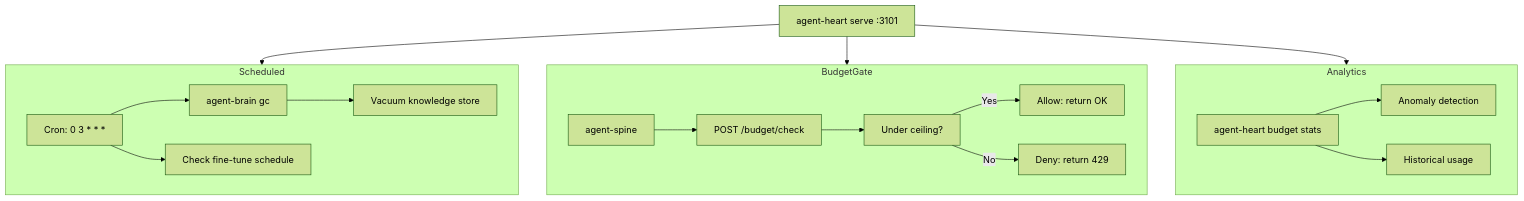
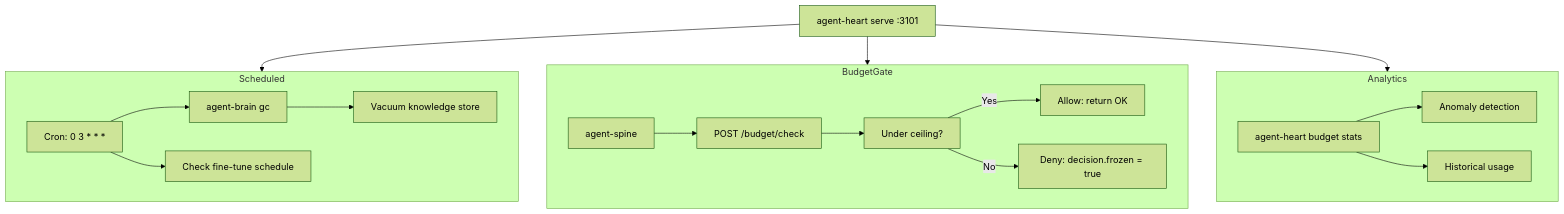
One commit to autonomic-ai-dev/agent-heart changed the diagram in README.md. Above: the diagram before and after it, drawn with Mermaid (forest theme). The commit also changed other lines of this file and 5 other files, not shown here.

````diff
--- a/README.md
+++ b/README.md
@@ -23,26 +23,26 @@
 ```mermaid
 flowchart TD
     HeartDaemon["agent-heart serve :3101"]
 
     subgraph Scheduled
         Cron["Cron: 0 3 * * *"] --> GC["agent-brain gc"]
         Cron --> Finetune["Check fine-tune schedule"]
         GC --> Vacuum["Vacuum knowledge store"]
     end
 
     subgraph BudgetGate
         Spine["agent-spine"] --> Check["POST /budget/check"]
         Check --> Ceiling["Under ceiling?"]
         Ceiling -->|Yes| Allow["Allow: return OK"]
-        Ceiling -->|No| Deny["Deny: return 429"]
+        Ceiling -->|No| Deny["Deny: decision.frozen = true"]
     end
 
     subgraph Analytics
         Stats["agent-heart budget stats"] --> Anomaly["Anomaly detection"]
         Stats --> History["Historical usage"]
     end
 
     HeartDaemon --> Scheduled
     HeartDaemon --> BudgetGate
     HeartDaemon --> Analytics
 ```
````
